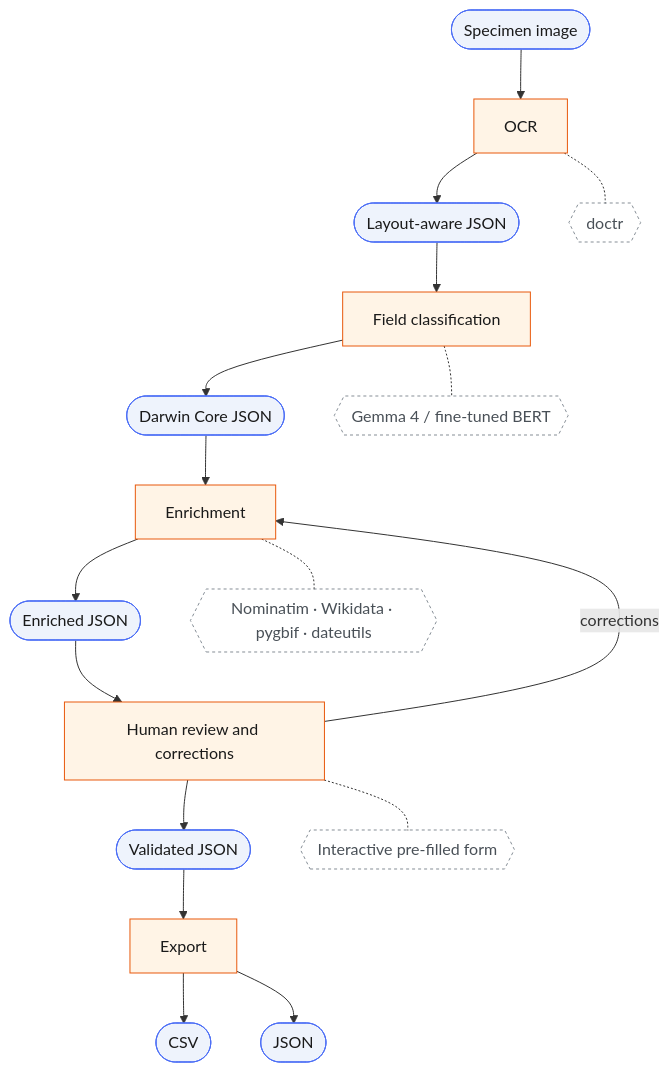
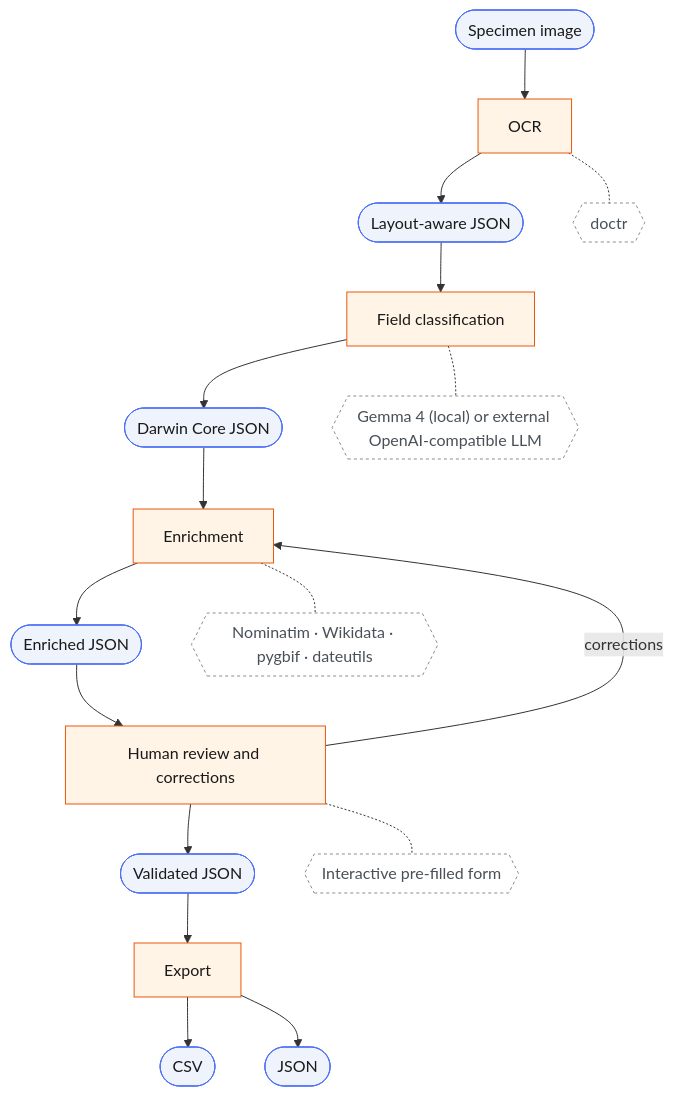
The diagram in README.md (sdsc-ordes/speciai), drawn with Mermaid before and after one commit. The commit also changed other lines of this file and 5 other files, not shown here.

First line of the commit message:
feat: add options to use OpenAI-compatible endpoint (#11)

````diff
--- a/README.md
+++ b/README.md
@@ -26,39 +26,39 @@
 ```mermaid
 flowchart TD
     IMG(["Specimen image"])
     LAYOUT(["Layout-aware JSON"])
     DWC(["Darwin Core JSON"])
     ENRICHED(["Enriched JSON"])
     VALID(["Validated JSON"])
     CSV(["CSV"])
     JSONOUT(["JSON"])
 
     OCR[OCR]
     CLASSIFY[Field classification]
     ENRICH[Enrichment]
     REVIEW[Human review and corrections]
     EXPORT[Export]
 
     DOCTR{{doctr}}
-    GEMMA{{"Gemma 4 / fine-tuned BERT"}}
+    GEMMA{{"Gemma 4 (local) or external OpenAI-compatible LLM"}}
     ENRICHTECH{{"Nominatim · Wikidata · pygbif · dateutils"}}
     FORM{{"Interactive pre-filled form"}}
 
     IMG --> OCR --> LAYOUT --> CLASSIFY --> DWC --> ENRICH --> ENRICHED --> REVIEW --> VALID --> EXPORT
     EXPORT --> CSV
     EXPORT --> JSONOUT
     REVIEW -->|corrections| ENRICH
 
     OCR -.- DOCTR
     CLASSIFY -.- GEMMA
     ENRICH -.- ENRICHTECH
     REVIEW -.- FORM
 
     classDef data fill:#eef3fc,stroke:#4c6ef5,color:#1a1a1a;
     classDef proc fill:#fff4e6,stroke:#e8590c,color:#1a1a1a;
     classDef tech fill:none,stroke:#868e96,stroke-dasharray: 3 3,color:#495057;
 
     class IMG,LAYOUT,DWC,ENRICHED,VALID,CSV,JSONOUT data;
     class OCR,CLASSIFY,ENRICH,REVIEW,EXPORT proc;
     class DOCTR,GEMMA,ENRICHTECH,FORM tech;
 ```
````
